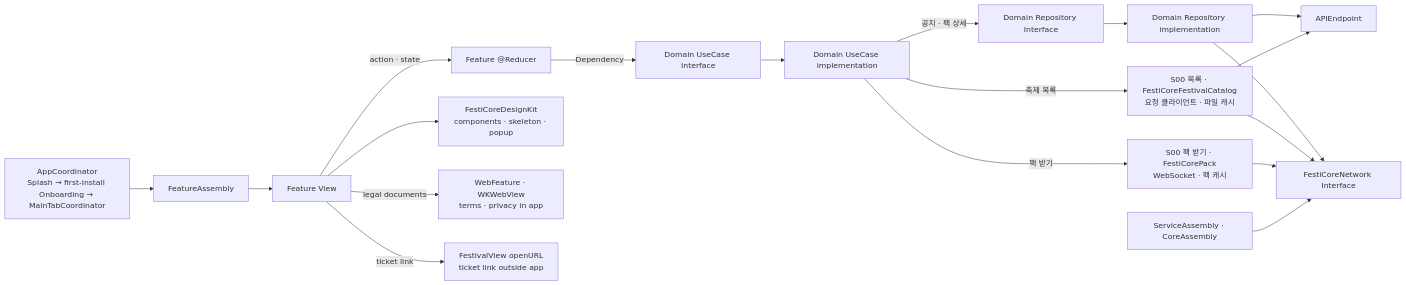
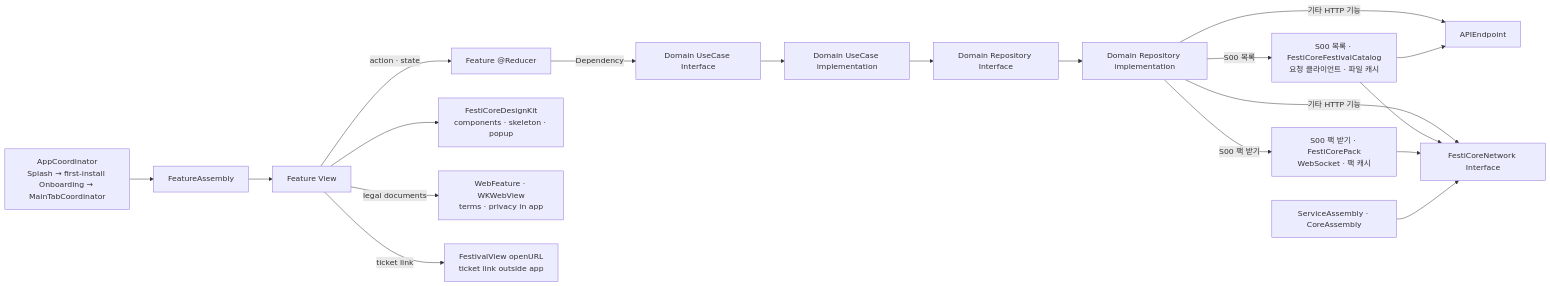
One commit to FESTICORE/FestiCore-iOS changed the diagram in docs/architecture/feature-data-flow.mmd. Above: the diagram before and after it, drawn with Mermaid. The commit also changed 110 other files, not shown here.

```diff
--- a/docs/architecture/feature-data-flow.mmd
+++ b/docs/architecture/feature-data-flow.mmd
@@ -1,36 +1,36 @@
 flowchart LR
   App["AppCoordinator<br/>Splash → first-install Onboarding → MainTabCoordinator"]
   Assembly["FeatureAssembly"]
   View["Feature View"]
   Reducer["Feature @Reducer"]
   UseCaseInterface["Domain UseCase Interface"]
   UseCaseImpl["Domain UseCase implementation"]
   RepositoryInterface["Domain Repository Interface"]
   RepositoryImpl["Domain Repository implementation"]
   CatalogService["S00 목록 · FestiCoreFestivalCatalog<br/>요청 클라이언트 · 파일 캐시"]
   PackService["S00 팩 받기 · FestiCorePack<br/>WebSocket · 팩 캐시"]
   Endpoint["APIEndpoint"]
   Network["FestiCoreNetwork Interface"]
   ServiceAssembly["ServiceAssembly · CoreAssembly"]
   Design["FestiCoreDesignKit<br/>components · skeleton · popup"]
   Web["WebFeature · WKWebView<br/>terms · privacy in app"]
   Ticket["FestivalView openURL<br/>ticket link outside app"]
 
   App --> Assembly
   Assembly --> View
   View -->|action · state| Reducer
   Reducer -->|Dependency| UseCaseInterface
   UseCaseInterface --> UseCaseImpl
-  UseCaseImpl -->|공지 · 팩 상세| RepositoryInterface
-  UseCaseImpl -->|축제 목록| CatalogService
-  UseCaseImpl -->|팩 받기| PackService
+  UseCaseImpl --> RepositoryInterface
   RepositoryInterface --> RepositoryImpl
-  RepositoryImpl --> Endpoint
-  RepositoryImpl --> Network
+  RepositoryImpl -->|S00 목록| CatalogService
+  RepositoryImpl -->|S00 팩 받기| PackService
+  RepositoryImpl -->|기타 HTTP 기능| Endpoint
+  RepositoryImpl -->|기타 HTTP 기능| Network
   CatalogService --> Endpoint
   CatalogService --> Network
   PackService --> Network
   ServiceAssembly --> Network
   View --> Design
   View -->|legal documents| Web
   View -->|ticket link| Ticket
```
